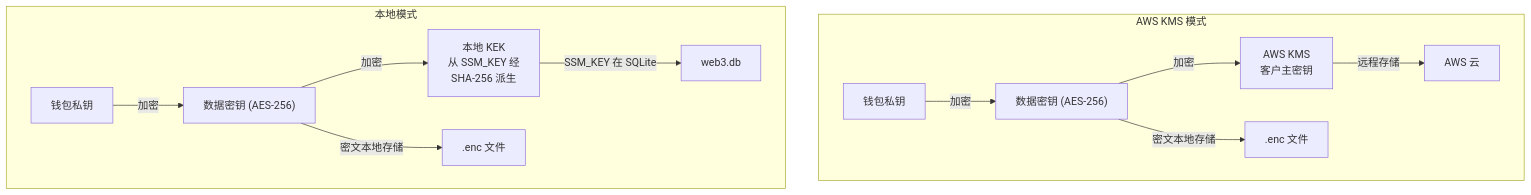
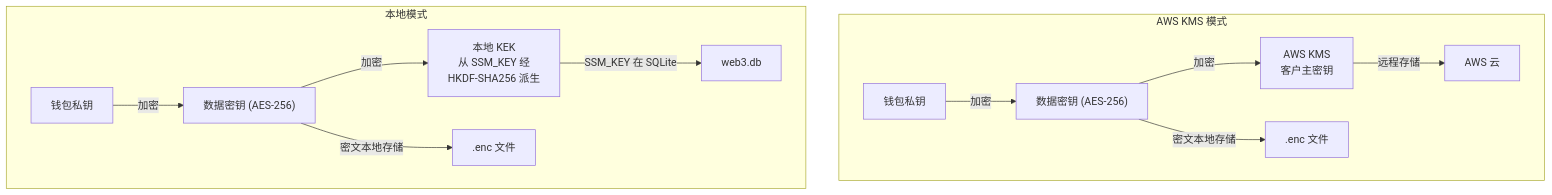
One commit to blocksecteam/web3-companion changed the second of 9 diagrams in docs/SECURITY_DESIGN.zh.md. Above: the diagram before and after it, drawn with Mermaid. The commit also changed other lines of this file and 25 other files, not shown here.

````diff
--- a/docs/SECURITY_DESIGN.zh.md
+++ b/docs/SECURITY_DESIGN.zh.md
@@ -126,16 +126,16 @@
 ```mermaid
 graph TB
     subgraph "AWS KMS 模式"
         PK1["钱包私钥"] -->|"加密"| DK1["数据密钥 (AES-256)"]
         DK1 -->|"加密"| CMK["AWS KMS<br/>客户主密钥"]
         CMK -->|"远程存储"| AWS["AWS 云"]
         DK1 -->|"密文本地存储"| File1[".enc 文件"]
     end
 
     subgraph "本地模式"
         PK2["钱包私钥"] -->|"加密"| DK2["数据密钥 (AES-256)"]
-        DK2 -->|"加密"| KEK["本地 KEK<br/>从 SSM_KEY 经<br/>SHA-256 派生"]
+        DK2 -->|"加密"| KEK["本地 KEK<br/>从 SSM_KEY 经<br/>HKDF-SHA256 派生"]
         KEK -->|"SSM_KEY 在 SQLite"| DB["web3.db"]
         DK2 -->|"密文本地存储"| File2[".enc 文件"]
     end
 ```
````
